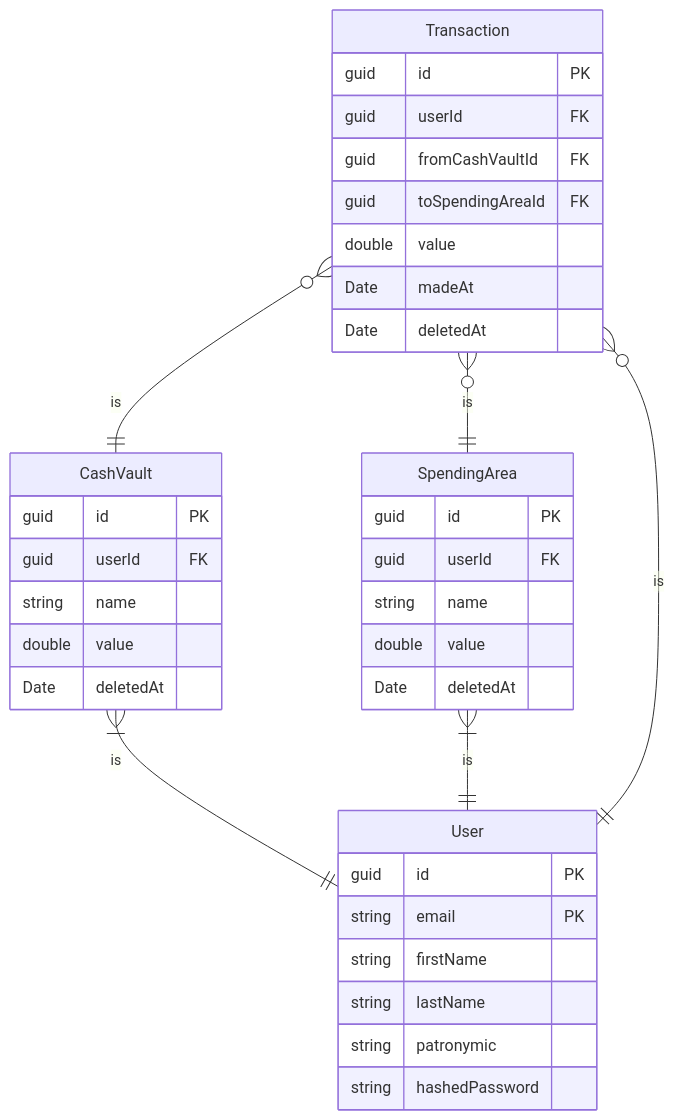
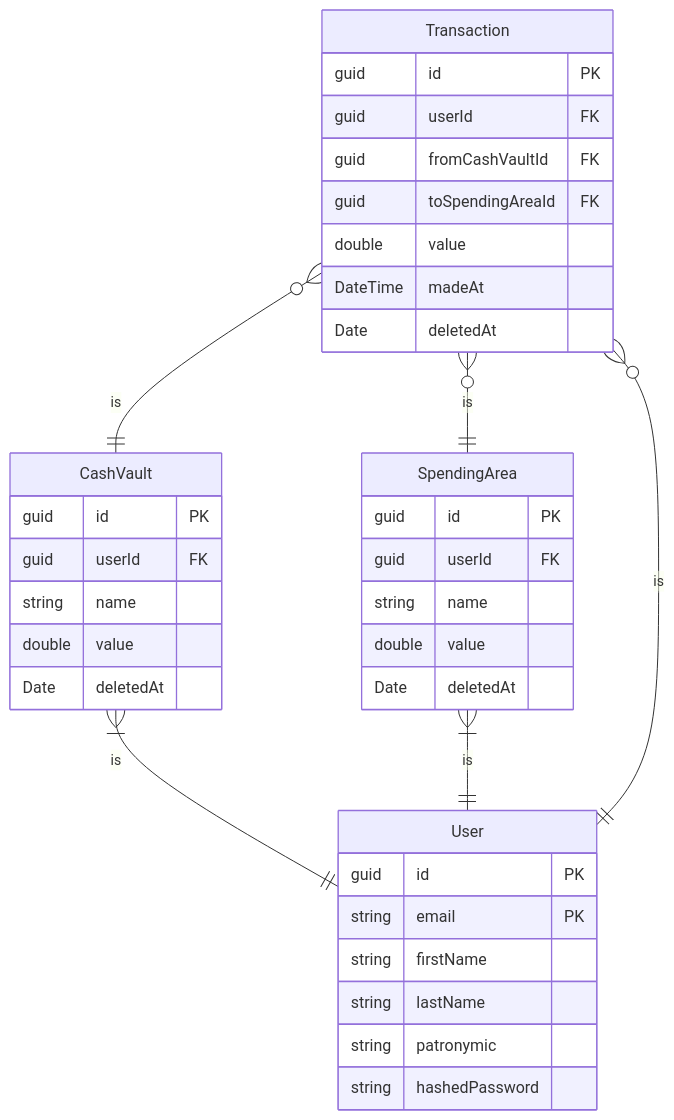
The diagram in README.md (Pipotka/SmartWallet), drawn with Mermaid before and after one commit. The commit also changed 48 other files, not shown here.

````diff
--- a/README.md
+++ b/README.md
@@ -7,42 +7,42 @@
 ```mermaid
 erDiagram
     CashVault }|--|| User : is
     CashVault {
         guid id PK
         guid userId FK
         string name
         double value
         Date deletedAt
     }
 
     SpendingArea }|--|| User : is
     SpendingArea{
         guid id PK
         guid userId FK
         string name
         double value
         Date deletedAt
     }
 
     Transaction }o--|| User : is
     Transaction }o--|| CashVault : is
     Transaction }o--|| SpendingArea : is
     Transaction {
         guid id PK
         guid userId FK
         guid fromCashVaultId FK
         guid toSpendingAreaId FK
         double value
-        Date madeAt
+        DateTime madeAt
         Date deletedAt
     }
 
     User {
         guid id PK
         string email PK
         string firstName
         string lastName
         string patronymic
         string hashedPassword
     }
 ```
````
